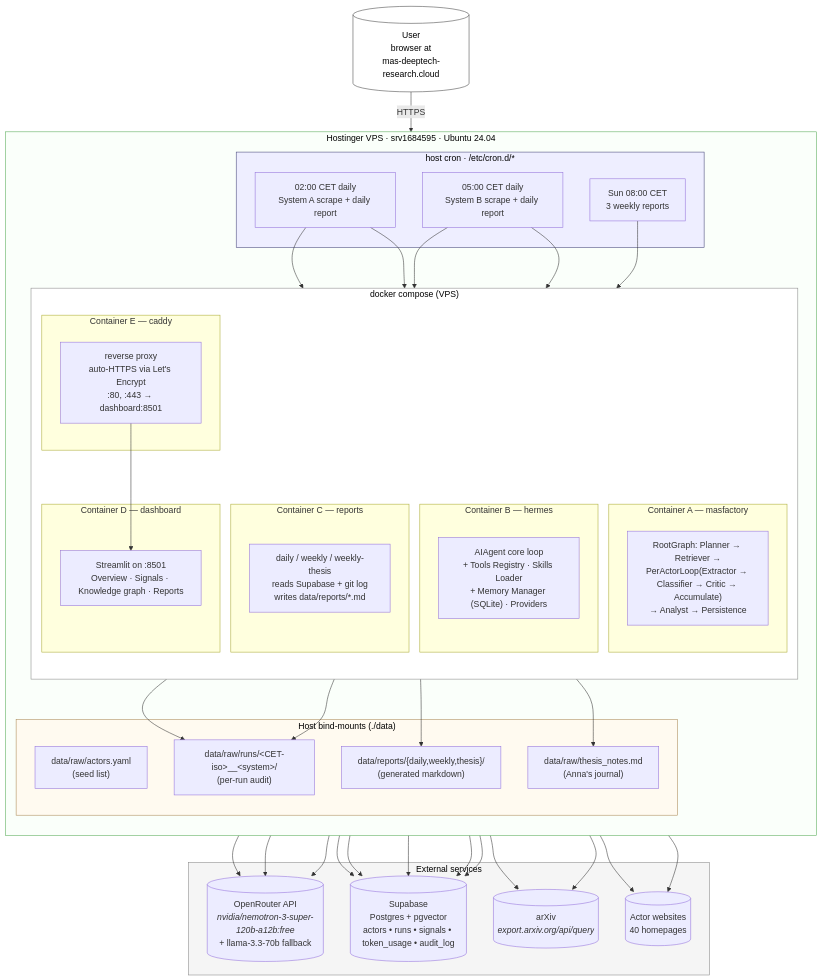
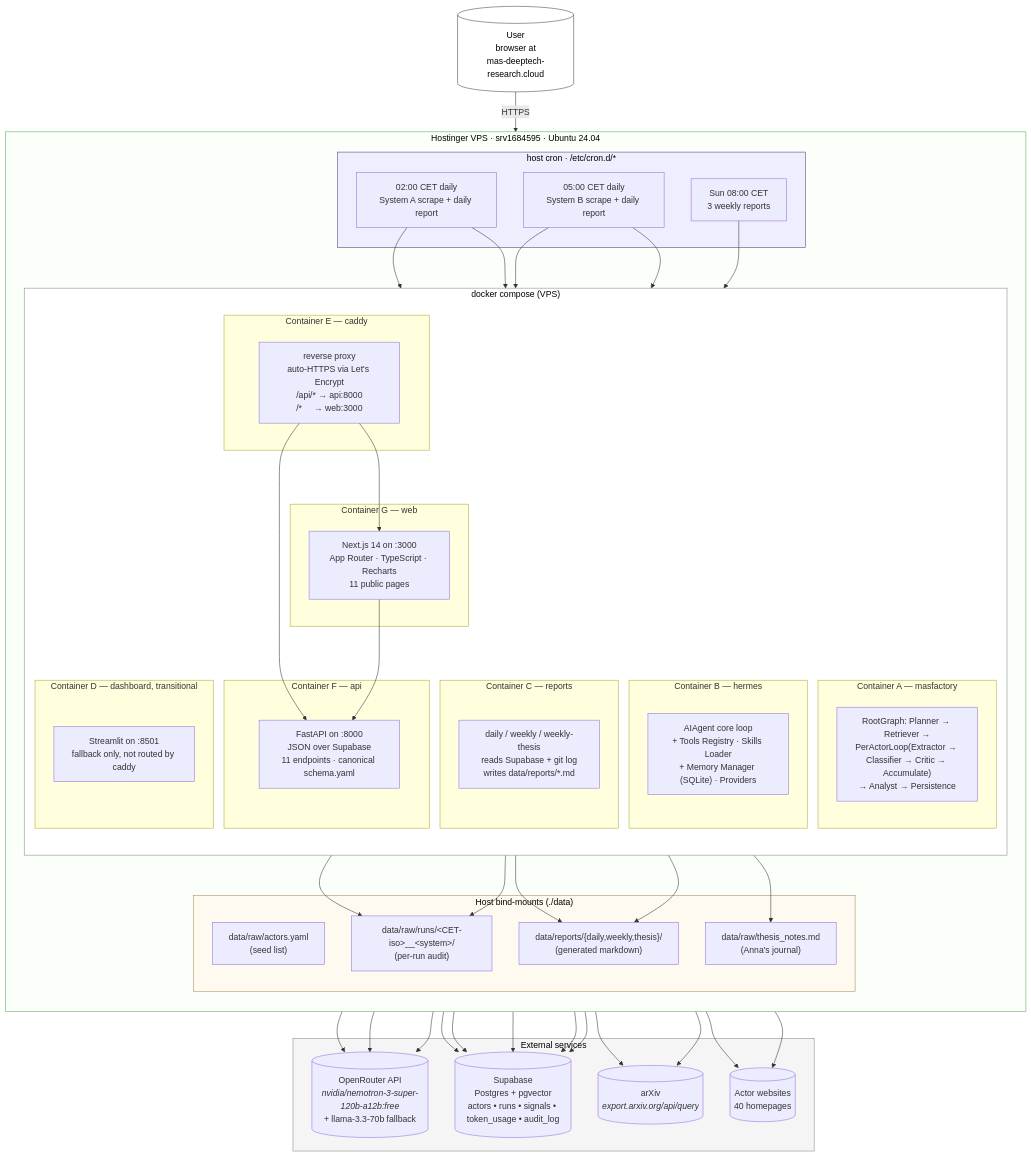
The diagram in docs/architecture.md (annageiser/mas-deeptech-research), drawn with Mermaid before and after one commit. The commit also changed other lines of this file and 1 other file, not shown here.

Commit message:
docs: refresh architecture + methodology after FastAPI+Next.js cutover
- architecture.md: 7 containers (added F api, G web; demoted D dashboard
  to transitional). Mermaid + responsibilities table + 'Why this shape'
  updated. New paragraph on FastAPI+Next.js cutover decision.
- methodology.md: 'Already shipped' lists the public website + signalling
  v0.3.0 + per-actor Loop. 'Deliberate omissions' narrowed (per-actor Loop
  moved to shipped; press-release aggregator is the remaining broader-web
  item). Methodology page link updated to the new Next.js route.

```diff
--- a/docs/architecture.md
+++ b/docs/architecture.md
@@ -42,12 +44,20 @@
                 RC["daily / weekly / weekly-thesis<br/>reads Supabase + git log<br/>writes data/reports/*.md"]
             end
 
-            subgraph D [Container D — dashboard]
-                DD["Streamlit on :8501<br/>Overview · Signals · Knowledge graph · Reports"]
+            subgraph F [Container F — api]
+                FA["FastAPI on :8000<br/>JSON over Supabase<br/>11 endpoints · canonical schema.yaml"]
+            end
+
+            subgraph G [Container G — web]
+                WG["Next.js 14 on :3000<br/>App Router · TypeScript · Recharts<br/>11 public pages"]
             end
 
             subgraph E [Container E — caddy]
-                CY["reverse proxy<br/>auto-HTTPS via Let's Encrypt<br/>:80, :443 → dashboard:8501"]
+                CY["reverse proxy<br/>auto-HTTPS via Let's Encrypt<br/>/api/* → api:8000<br/>/*     → web:3000"]
+            end
+
+            subgraph D [Container D — dashboard, transitional]
+                DD["Streamlit on :8501<br/>fallback only, not routed by caddy"]
             end
         end
 
@@ -61,8 +71,10 @@
 
     %% External arrows
     USER -->|HTTPS| CY
-    CY --> DD
-    DD --> SB
+    CY --> WG
+    CY --> FA
+    WG --> FA
+    FA --> SB
 
     %% Cron arrows
     CR_A --> MA
@@ -88,6 +100,7 @@
     RC --> SB
     RC --> REP
     RC --> NOTES
+    FA --> REP
 
     classDef user fill:#fff,stroke:#444,stroke-width:1px,color:#000
     classDef cron fill:#eef,stroke:#447,color:#000
```
